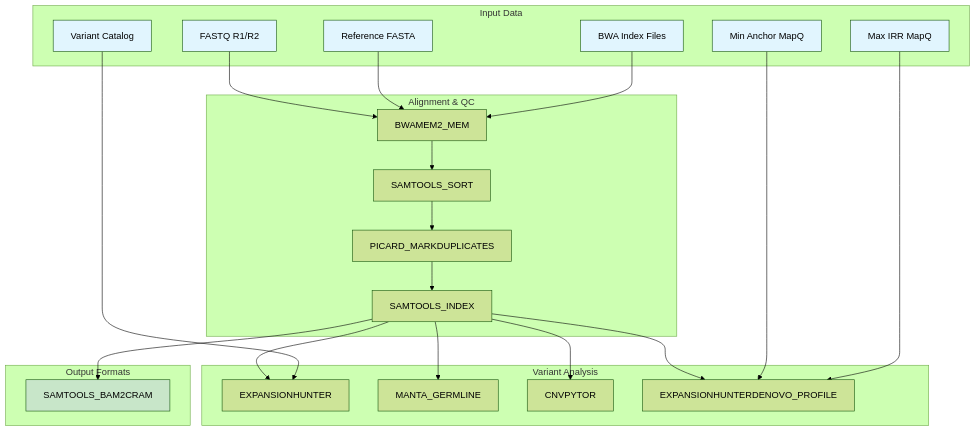
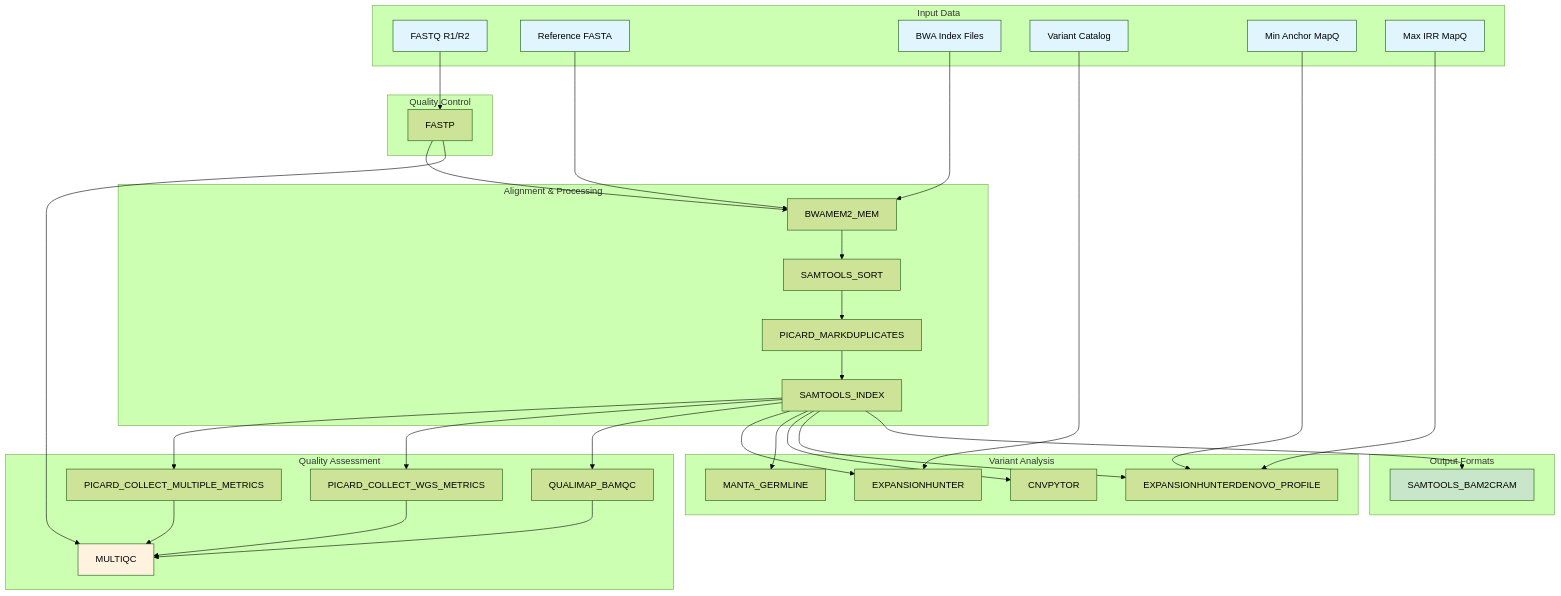
The diagram in README.md (uclanelsonlab/nl-wgs_wf), drawn with Mermaid (forest theme) before and after one commit. The commit also changed other lines of this file and 2 other files, not shown here.

Commit message:
(up) change README and CHANGELOG with new features

````diff
--- a/README.md
+++ b/README.md
@@ -23,55 +25,77 @@
 ```mermaid
 graph TD
-    A[FASTQ R1/R2] --> B[BWAMEM2_MEM]
-    C[Reference FASTA] --> B
-    D[BWA Index Files] --> B
+    A[FASTQ R1/R2] --> B[FASTP]
+    B --> C[BWAMEM2_MEM]
+    D[Reference FASTA] --> C
+    E[BWA Index Files] --> C
     
-    B --> E[SAMTOOLS_SORT]
-    E --> F[PICARD_MARKDUPLICATES]
-    F --> G[SAMTOOLS_INDEX]
+    C --> F[SAMTOOLS_SORT]
+    F --> G[PICARD_MARKDUPLICATES]
+    G --> H[SAMTOOLS_INDEX]
     
-    G --> H[EXPANSIONHUNTER]
-    G --> I[MANTA_GERMLINE]
-    G --> J[CNVPYTOR]
-    G --> K[EXPANSIONHUNTERDENOVO_PROFILE]
-    G --> L[SAMTOOLS_BAM2CRAM]
+    H --> I[PICARD_COLLECT_MULTIPLE_METRICS]
+    H --> J[PICARD_COLLECT_WGS_METRICS]
+    H --> K[QUALIMAP_BAMQC]
     
-    M[Variant Catalog] --> H
-    N[Min Anchor MapQ] --> K
-    O[Max IRR MapQ] --> K
+    B --> L[MULTIQC]
+    I --> L
+    J --> L
+    K --> L
+    
+    H --> M[EXPANSIONHUNTER]
+    H --> N[MANTA_GERMLINE]
+    H --> O[CNVPYTOR]
+    H --> P[EXPANSIONHUNTERDENOVO_PROFILE]
+    H --> Q[SAMTOOLS_BAM2CRAM]
+    
+    R[Variant Catalog] --> M
+    S[Min Anchor MapQ] --> P
+    T[Max IRR MapQ] --> P
     
     subgraph "Input Data"
         A
+        D
+        E
+        R
+        S
+        T
+    end
+    
+    subgraph "Quality Control"
+        B
+    end
+    
+    subgraph "Alignment & Processing"
         C
-        D
+        F
+        G
+        H
+    end
+    
+    subgraph "Quality Assessment"
+        I
+        J
+        K
+        L
+    end
+    
+    subgraph "Variant Analysis"
         M
         N
         O
-    end
-    
-    subgraph "Alignment & QC"
-        B
-        E
-        F
-        G
-    end
-    
-    subgraph "Variant Analysis"
-        H
-        I
-        J
-        K
+        P
     end
     
     subgraph "Output Formats"
-        L
+        Q
     end
     
     style A fill:#e1f5fe
-    style C fill:#e1f5fe
     style D fill:#e1f5fe
-    style M fill:#e1f5fe
-    style N fill:#e1f5fe
-    style O fill:#e1f5fe
-    style L fill:#c8e6c9
+    style E fill:#e1f5fe
+    style R fill:#e1f5fe
+    style S fill:#e1f5fe
+    style T fill:#e1f5fe
+    style L fill:#fff3e0
+    style Q fill:#c8e6c9
 ```
````
